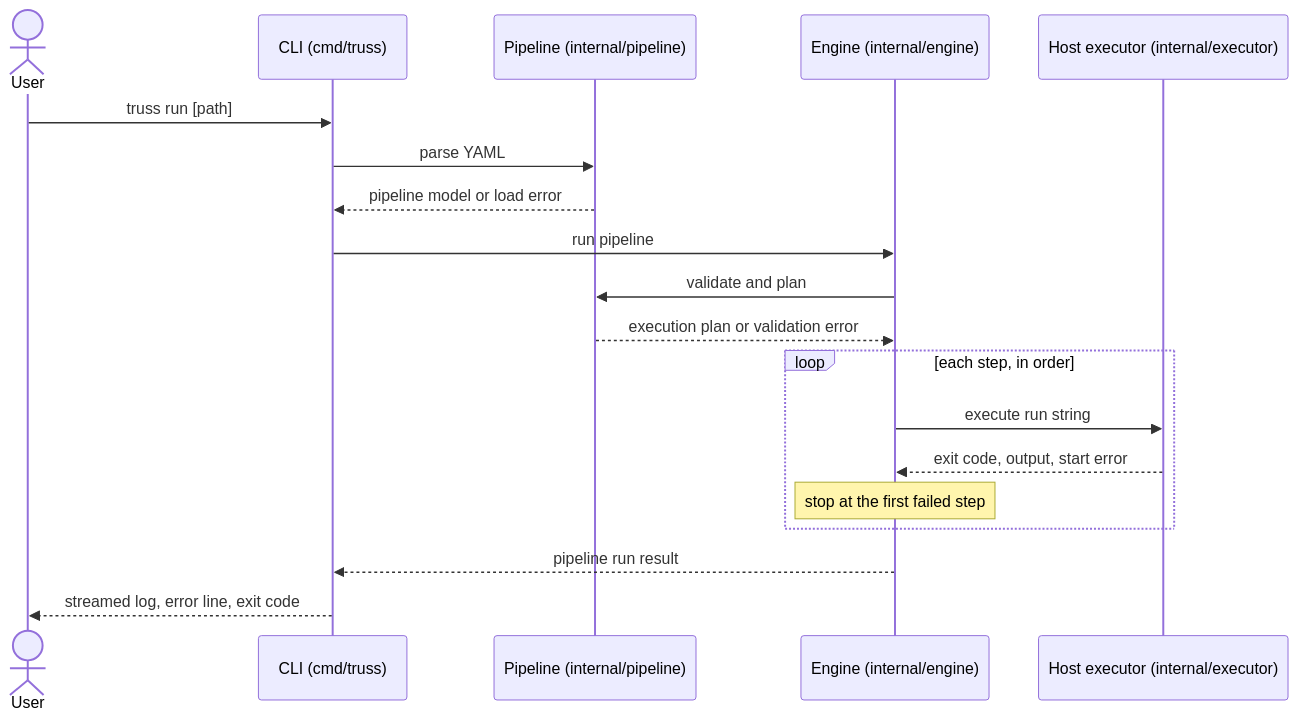
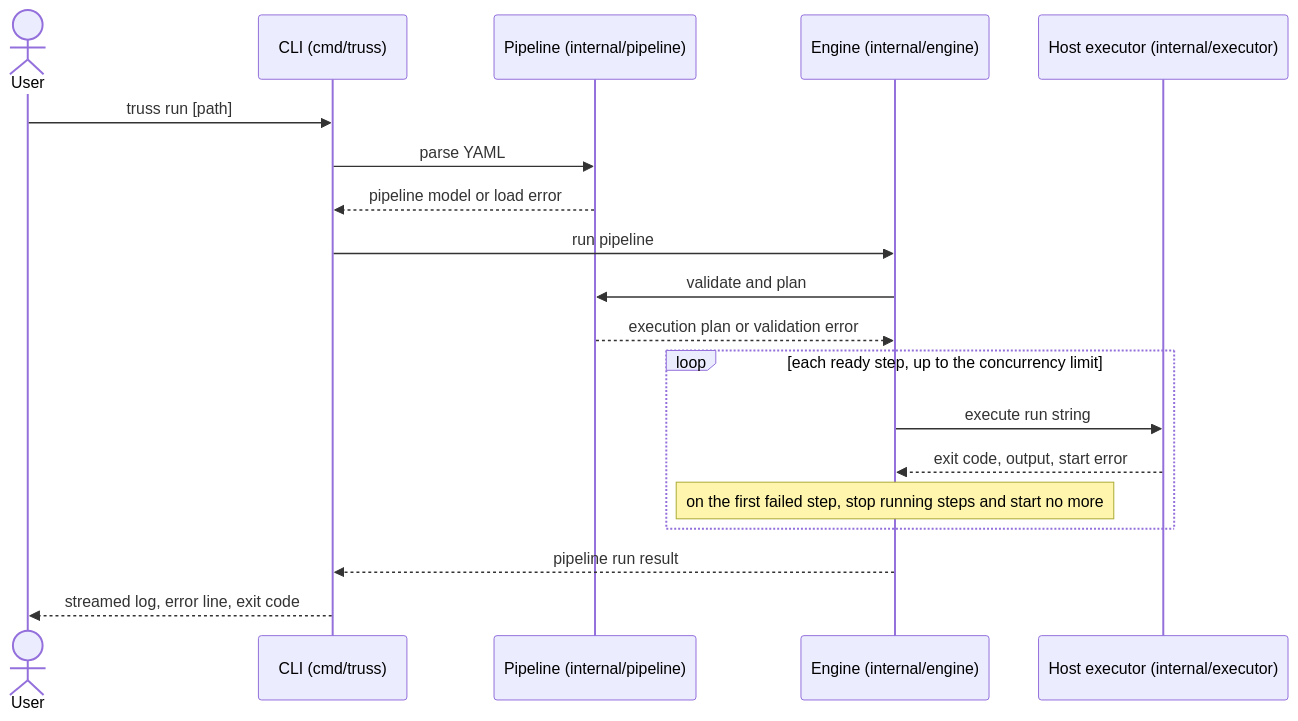
One commit to afri-bit/truss changed the fourth of 5 diagrams in README.md. Above: the diagram before and after it, drawn with Mermaid. The commit also changed other lines of this file and 3 other files, not shown here.

First line of the commit message:
docs: document step concurrency, strict fields, and the real run log

````diff
--- a/README.md
+++ b/README.md
@@ -243,22 +354,22 @@
 ```mermaid
 sequenceDiagram
     actor User
     participant CLI as CLI (cmd/truss)
     participant Pipeline as Pipeline (internal/pipeline)
     participant Engine as Engine (internal/engine)
     participant Host as Host executor (internal/executor)
 
     User->>CLI: truss run [path]
     CLI->>Pipeline: parse YAML
     Pipeline-->>CLI: pipeline model or load error
     CLI->>Engine: run pipeline
     Engine->>Pipeline: validate and plan
     Pipeline-->>Engine: execution plan or validation error
-    loop each step, in order
+    loop each ready step, up to the concurrency limit
         Engine->>Host: execute run string
         Host-->>Engine: exit code, output, start error
-        Note over Engine: stop at the first failed step
+        Note over Engine: on the first failed step, stop running steps and start no more
     end
     Engine-->>CLI: pipeline run result
     CLI-->>User: streamed log, error line, exit code
 ```
````
